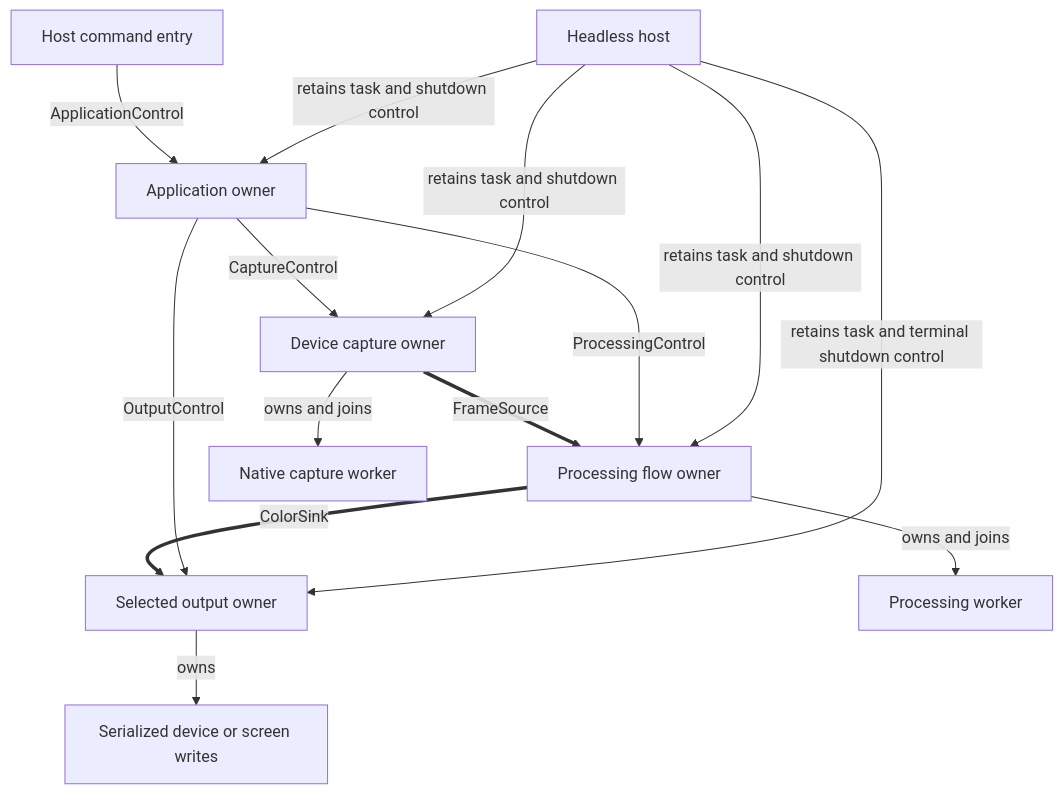
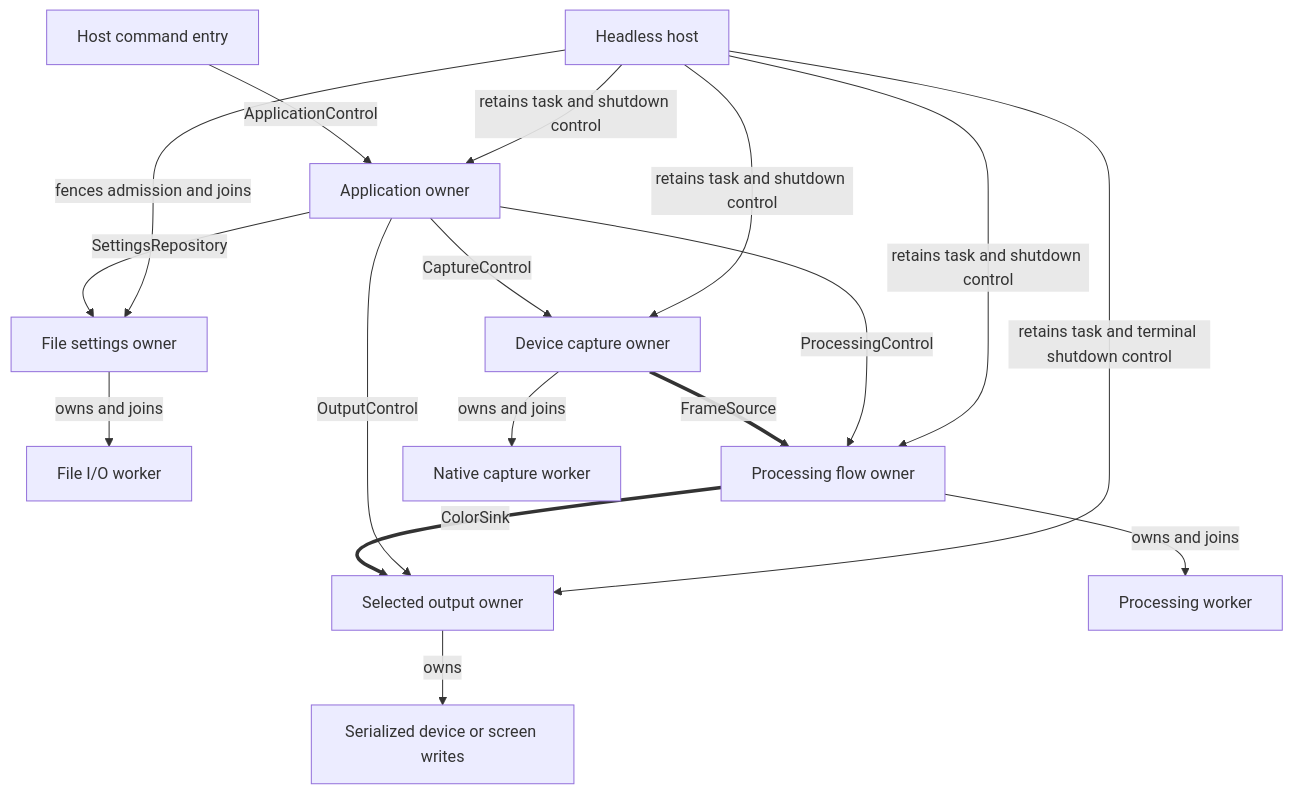
The first of 2 diagrams in v1/assemblies/HOST-LIFECYCLE.md (ericschaal/prysm), drawn with Mermaid before and after one commit. The commit also changed other lines of this file and 26 other files, not shown here.

````diff
--- a/v1/assemblies/HOST-LIFECYCLE.md
+++ b/v1/assemblies/HOST-LIFECYCLE.md
@@ -13,17 +13,20 @@
 ```mermaid
 flowchart TB
     Host[Headless host]
     Host -->|retains task and shutdown control| App[Application owner]
+    Host -->|fences admission and joins| Store[File settings owner]
+    App -->|SettingsRepository| Store
+    Store -->|owns and joins| IO[File I/O worker]
     Host -->|retains task and shutdown control| Capture[Device capture owner]
     Host -->|retains task and shutdown control| Flow[Processing flow owner]
     Host -->|retains task and terminal shutdown control| Output[Selected output owner]
     Commands[Host command entry] -->|ApplicationControl| App
     App -->|CaptureControl| Capture
     App -->|ProcessingControl| Flow
     App -->|OutputControl| Output
     Capture -->|owns and joins| Native[Native capture worker]
     Flow -->|owns and joins| Worker[Processing worker]
     Output -->|owns| Writer[Serialized device or screen writes]
     Capture ==>|FrameSource| Flow
     Flow ==>|ColorSink| Output
 ```
````
